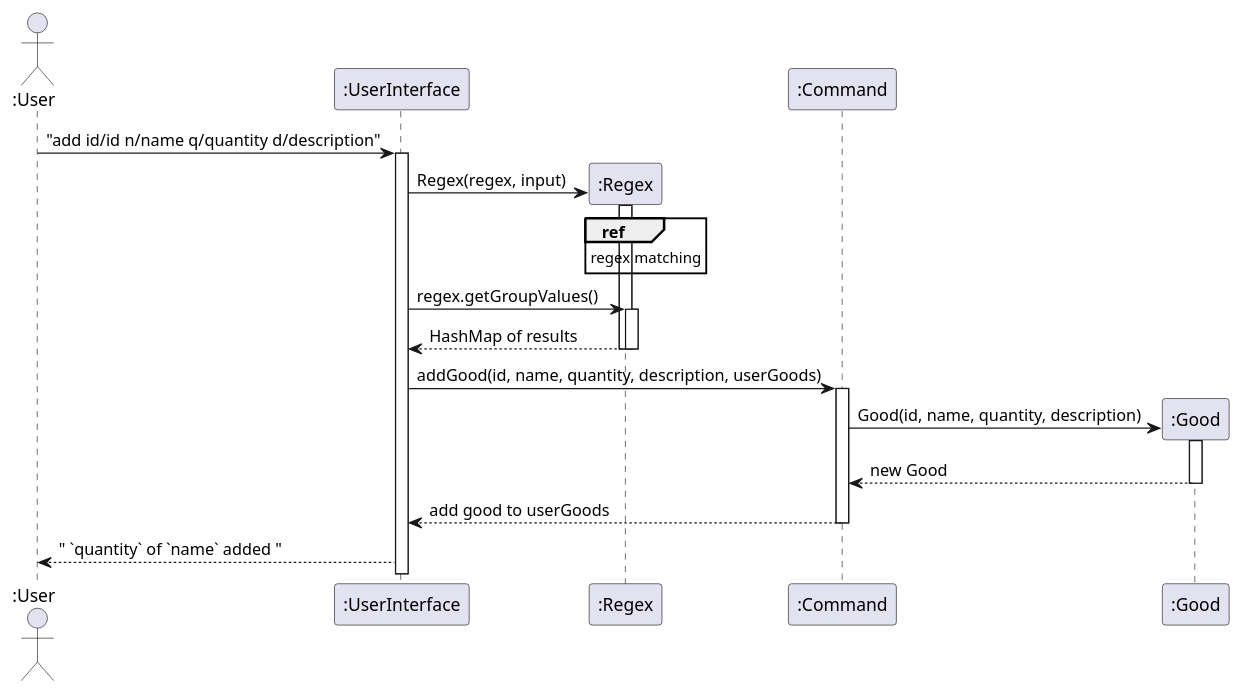
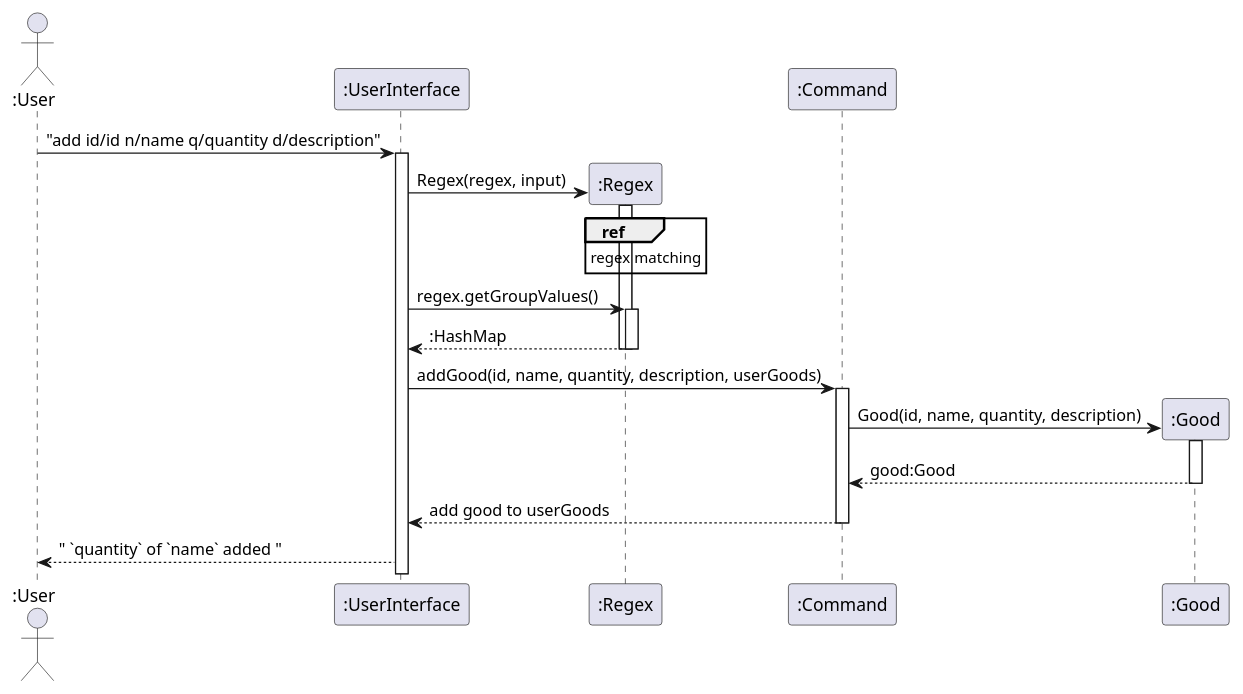
The diagram in docs/diagrams/addGood.puml (nus-cs2113-AY2122S2/tp), drawn with PlantUML before and after one commit.

```diff
--- a/docs/diagrams/addGood.puml
+++ b/docs/diagrams/addGood.puml
@@ -1,24 +1,24 @@
 @startuml
 ' !include Style.puml  '
 
 Actor ":User" as user
 participant ":UserInterface" as ui
 participant ":Regex" as regex
 participant ":Command" as command
 participant ":Good" as good
 
 user -> ui ++ : "add id/id n/name q/quantity d/description"
 create regex
 ui -> regex  ++: Regex(regex, input)
 ref over regex : regex matching
 ui -> regex ++ : regex.getGroupValues()
-regex --> ui -- : HashMap of results
+regex --> ui -- : :HashMap
 deactivate regex
 ui -> command ++ : addGood(id, name, quantity, description, userGoods)
 create good
 command -> good ++ : Good(id, name, quantity, description)
-good --> command -- : new Good
+good --> command -- : good:Good
 command --> ui -- : add good to userGoods
 ui --> user : " `quantity` of `name` added "
 
 @enduml
```
